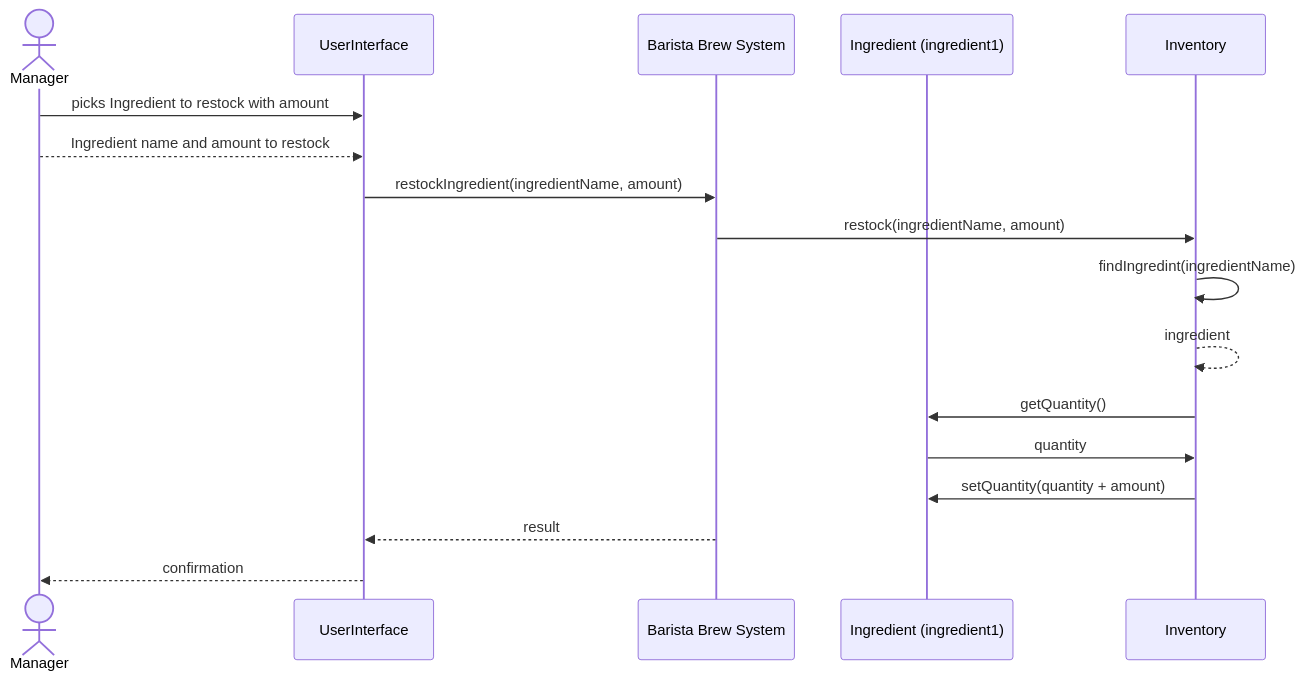
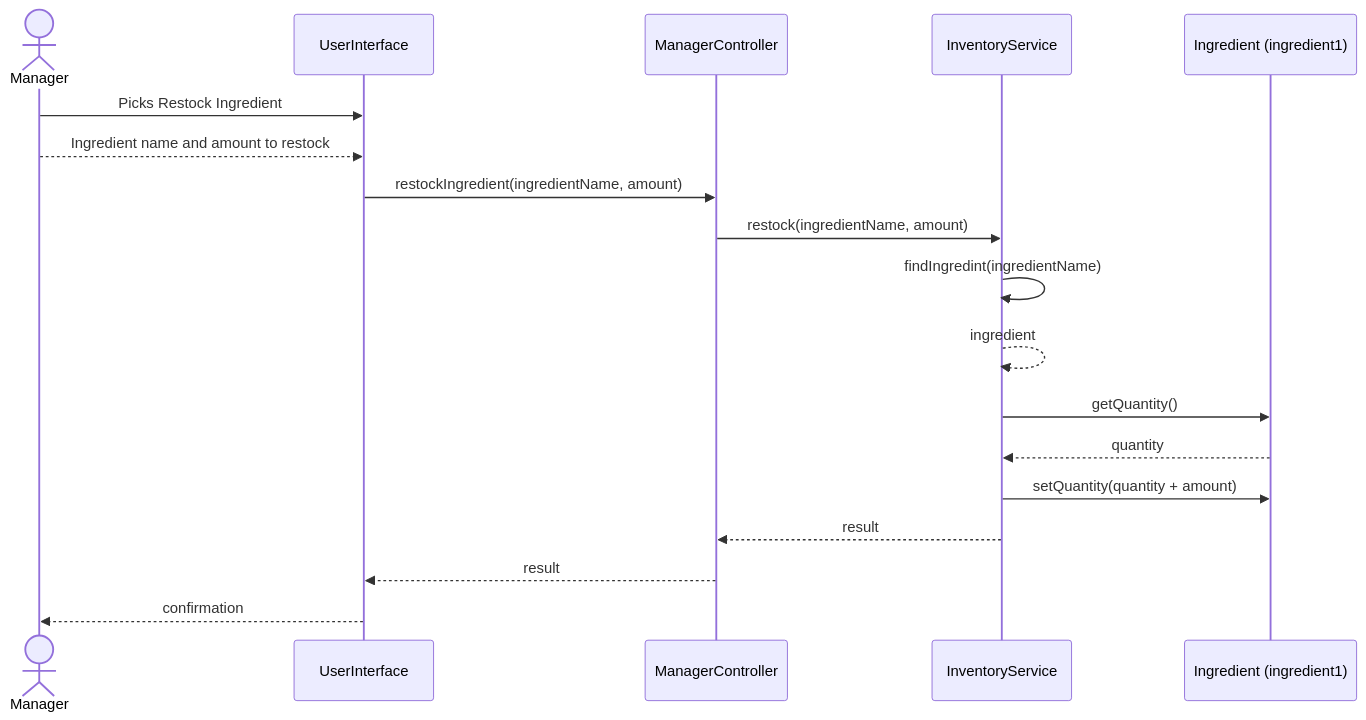
One commit to Elischmidtke/ics-372-group-project-elijah changed the third of 3 diagrams in README.md. Above: the diagram before and after it, drawn with Mermaid. The commit also changed other lines of this file, not shown here.

````diff
--- a/README.md
+++ b/README.md
@@ -327,22 +269,23 @@
 ```mermaid
 sequenceDiagram
     actor Manager
     participant UI as UserInterface
-    participant BFS as Barista Brew System
+    participant BFS as ManagerController
+    participant IN as InventoryService
     participant ingredient as Ingredient (ingredient1)
-    participant IN as Inventory
     %% Add more participants as needed
 
     %% Your diagram here
-    Manager ->>UI: picks Ingredient to restock with amount
+    Manager ->>UI: Picks Restock Ingredient
     Manager -->>UI: Ingredient name and amount to restock
     UI ->>BFS: restockIngredient(ingredientName, amount)
     BFS ->>IN: restock(ingredientName, amount)
     IN ->>IN: findIngredint(ingredientName)
     IN -->>IN: ingredient
     IN ->>ingredient: getQuantity()
-    ingredient ->>IN: quantity
+    ingredient -->>IN: quantity
     IN ->>ingredient: setQuantity(quantity + amount)
+    IN -->>BFS: result
     BFS -->>UI: result
     UI -->>Manager: confirmation
 ```
````
